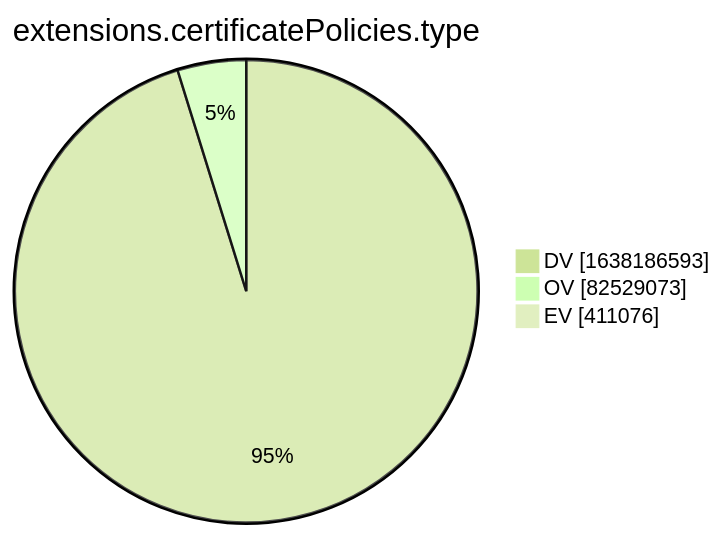
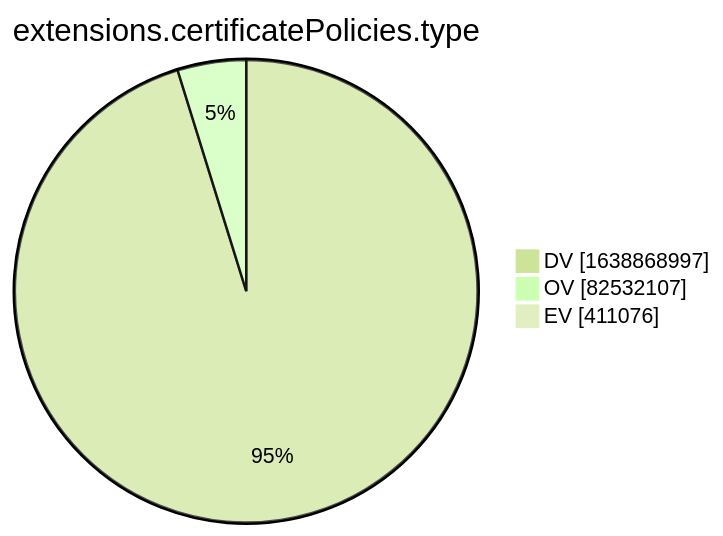
Before and after one commit to christiankrug/ctmonitor_visualization: the tenth of 15 diagrams in xenon2022/README.md, drawn with Mermaid (forest theme). The commit also changed other lines of this file, not shown here.

````diff
--- a/xenon2022/README.md
+++ b/xenon2022/README.md
@@ -2879,7 +2879,7 @@
 ```mermaid
 pie showData
 title extensions.certificatePolicies.type
-"DV" :1638186593
-"OV" :82529073
+"DV" :1638868997
+"OV" :82532107
 "EV" :411076
 ```
````
